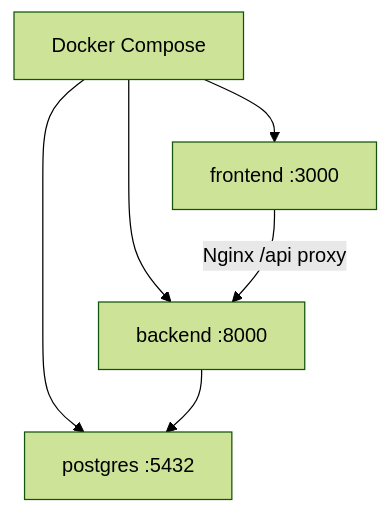
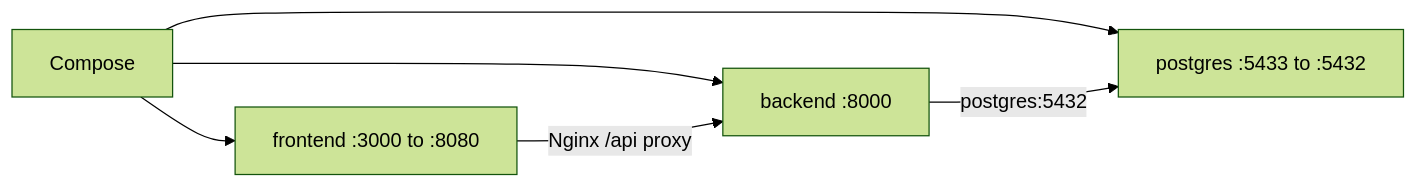
The third of 3 diagrams in ARCHITECTURE.md (Aana-1025/incidentops-devops-capstone), drawn with Mermaid (forest theme) before and after one commit. The commit also changed other lines of this file and 49 other files, not shown here.

````diff
--- a/ARCHITECTURE.md
+++ b/ARCHITECTURE.md
@@ -128,8 +100,8 @@
 ```mermaid
-flowchart TB
-    Compose[Docker Compose] --> FE[frontend :3000]
+flowchart LR
+    Compose --> FE[frontend :3000 to :8080]
     Compose --> BE[backend :8000]
-    Compose --> PG[postgres :5432]
+    Compose --> PG[postgres :5433 to :5432]
     FE -->|Nginx /api proxy| BE
-    BE --> PG
+    BE -->|postgres:5432| PG
 ```
````
